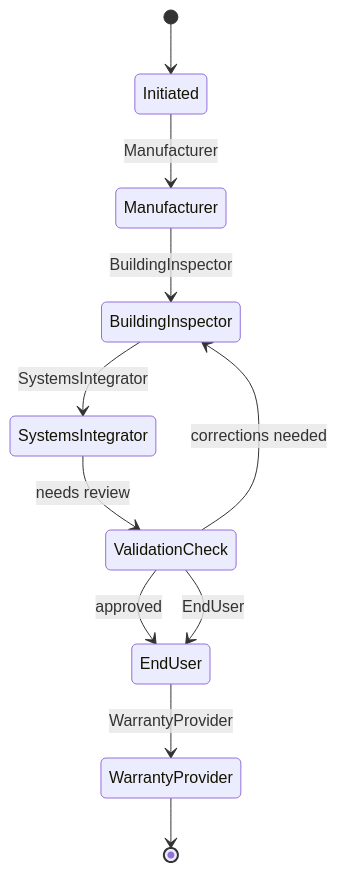
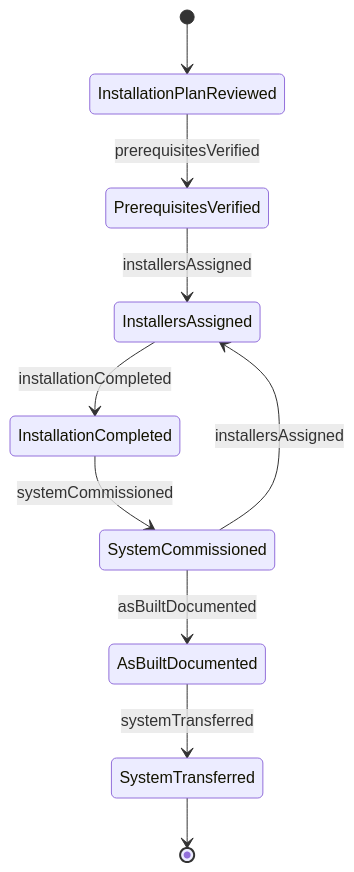
Before and after one commit to dot-org-ai/tasks.org.ai: the second of 4 diagrams in GuidingDirectingAndMotivatingSubordinates/DirectConstructionOrExtractionActivities/DirectInstallationActivities.mdx, drawn with Mermaid. The commit also changed other lines of this file and 515 other files, not shown here.

````diff
--- a/GuidingDirectingAndMotivatingSubordinates/DirectConstructionOrExtractionActivities/DirectInstallationActivities.mdx
+++ b/GuidingDirectingAndMotivatingSubordinates/DirectConstructionOrExtractionActivities/DirectInstallationActivities.mdx
@@ -101,13 +100,12 @@
 ```mermaid
 stateDiagram-v2
-    [*] --> Initiated
-    Initiated --> Manufacturer: Manufacturer
-    Manufacturer --> BuildingInspector: BuildingInspector
-    BuildingInspector --> SystemsIntegrator: SystemsIntegrator
-    SystemsIntegrator --> ValidationCheck: needs review
-    ValidationCheck --> BuildingInspector: corrections needed
-    ValidationCheck --> EndUser: approved
-    ValidationCheck --> EndUser: EndUser
-    EndUser --> WarrantyProvider: WarrantyProvider
-    WarrantyProvider --> [*]
+    [*] --> InstallationPlanReviewed
+    InstallationPlanReviewed --> PrerequisitesVerified : prerequisitesVerified
+    PrerequisitesVerified --> InstallersAssigned : installersAssigned
+    InstallersAssigned --> InstallationCompleted : installationCompleted
+    InstallationCompleted --> SystemCommissioned : systemCommissioned
+    SystemCommissioned --> AsBuiltDocumented : asBuiltDocumented
+    AsBuiltDocumented --> SystemTransferred : systemTransferred
+    SystemCommissioned --> InstallersAssigned : installersAssigned
+    SystemTransferred --> [*]
 ```
````
